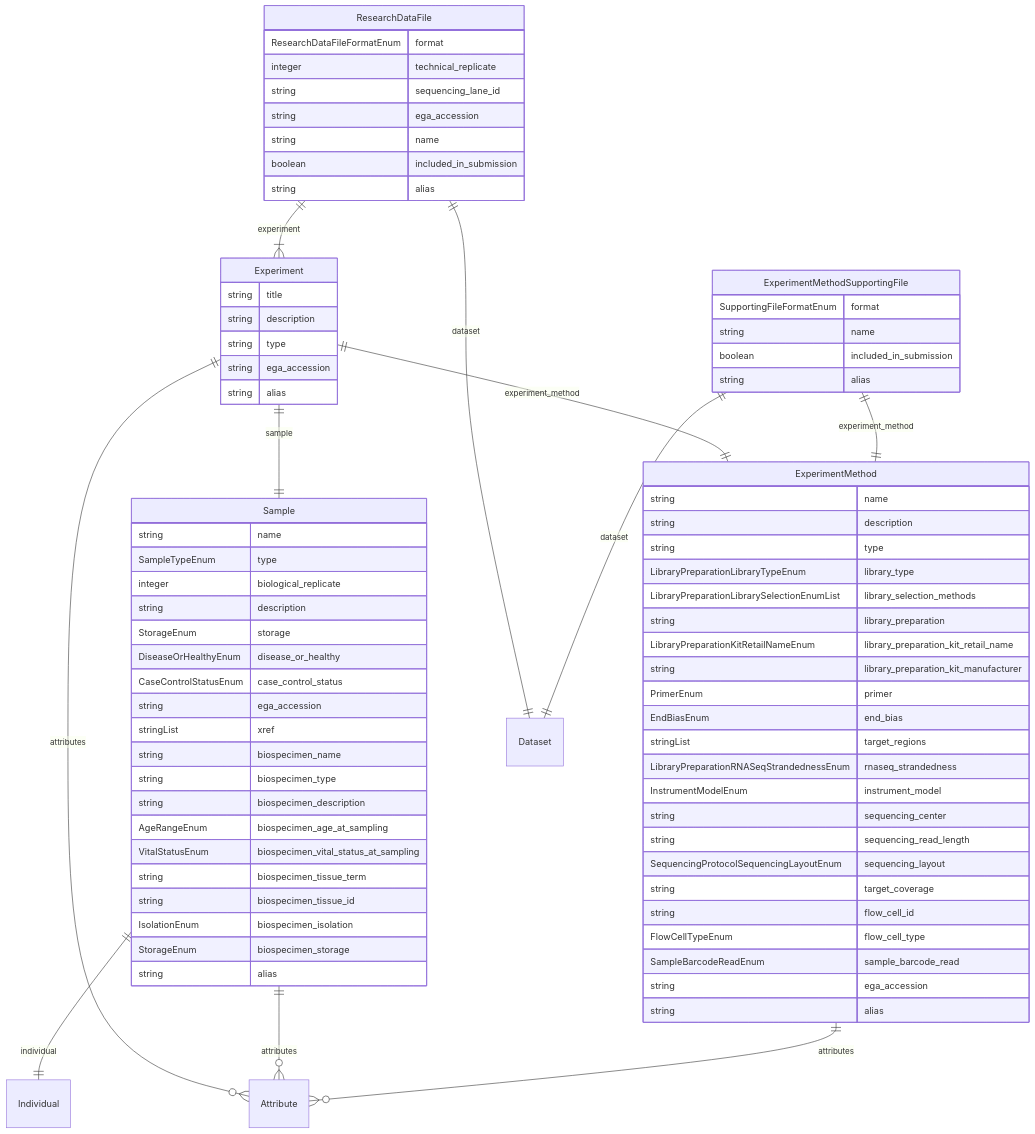
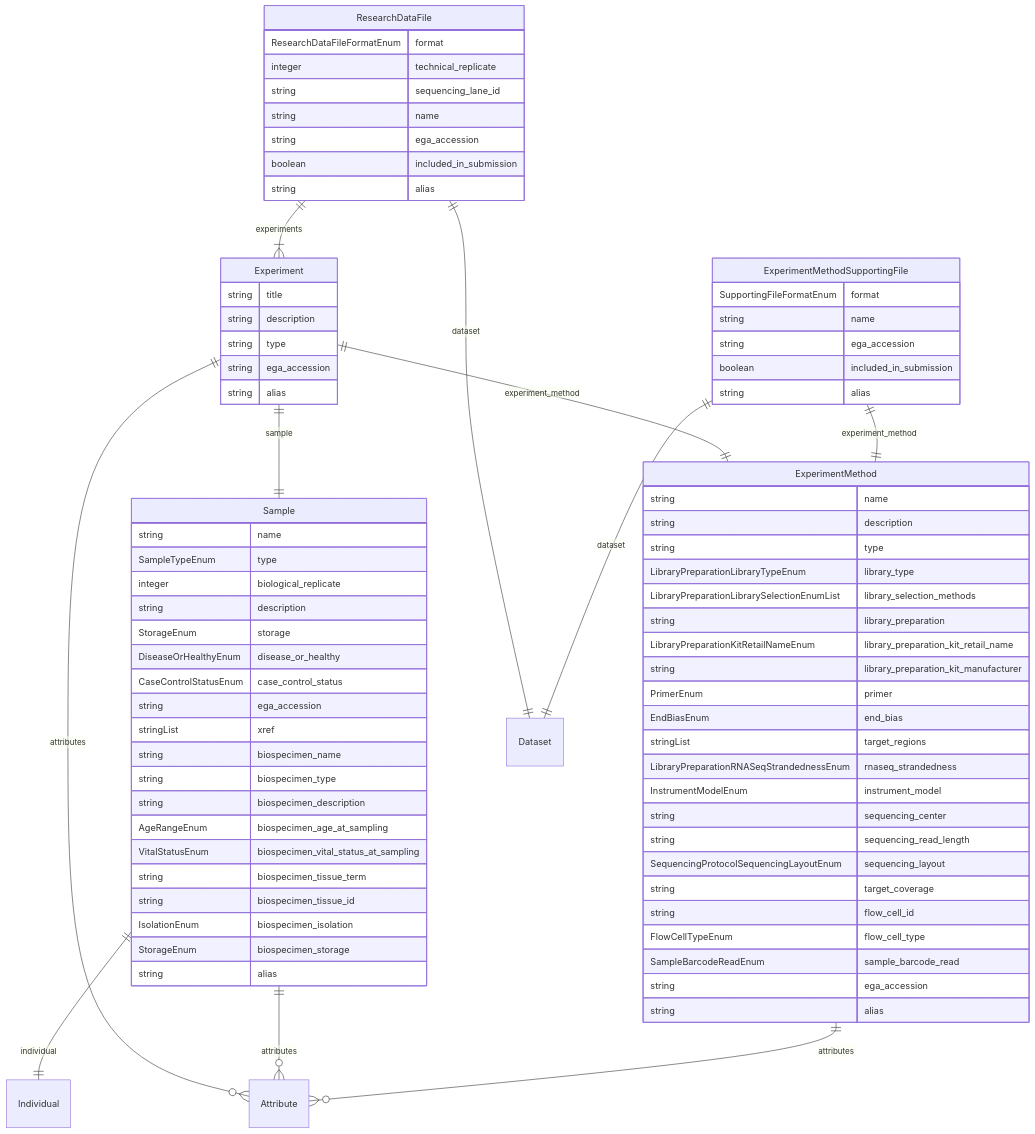
One commit to ghga-de/ghga-metadata-schema changed the fifth of 5 diagrams in docs/entity_relations.md. Above: the diagram before and after it, drawn with Mermaid. The commit also changed other lines of this file and 18 other files, not shown here.

````diff
--- a/docs/entity_relations.md
+++ b/docs/entity_relations.md
@@ -218,82 +218,83 @@
 ```mermaid
 erDiagram
 ExperimentMethodSupportingFile {
     SupportingFileFormatEnum format  
     string name  
+    string ega_accession  
     boolean included_in_submission  
     string alias  
 }
 ExperimentMethod {
     string name  
     string description  
     string type  
     LibraryPreparationLibraryTypeEnum library_type  
     LibraryPreparationLibrarySelectionEnumList library_selection_methods  
     string library_preparation  
     LibraryPreparationKitRetailNameEnum library_preparation_kit_retail_name  
     string library_preparation_kit_manufacturer  
     PrimerEnum primer  
     EndBiasEnum end_bias  
     stringList target_regions  
     LibraryPreparationRNASeqStrandednessEnum rnaseq_strandedness  
     InstrumentModelEnum instrument_model  
     string sequencing_center  
     string sequencing_read_length  
     SequencingProtocolSequencingLayoutEnum sequencing_layout  
     string target_coverage  
     string flow_cell_id  
     FlowCellTypeEnum flow_cell_type  
     SampleBarcodeReadEnum sample_barcode_read  
     string ega_accession  
     string alias  
 }
 ResearchDataFile {
     ResearchDataFileFormatEnum format  
     integer technical_replicate  
     string sequencing_lane_id  
+    string name  
     string ega_accession  
-    string name  
     boolean included_in_submission  
     string alias  
 }
 Sample {
     string name  
     SampleTypeEnum type  
     integer biological_replicate  
     string description  
     StorageEnum storage  
     DiseaseOrHealthyEnum disease_or_healthy  
     CaseControlStatusEnum case_control_status  
     string ega_accession  
     stringList xref  
     string biospecimen_name  
     string biospecimen_type  
     string biospecimen_description  
     AgeRangeEnum biospecimen_age_at_sampling  
     VitalStatusEnum biospecimen_vital_status_at_sampling  
     string biospecimen_tissue_term  
     string biospecimen_tissue_id  
     IsolationEnum biospecimen_isolation  
     StorageEnum biospecimen_storage  
     string alias  
 }
 Experiment {
     string title  
     string description  
     string type  
     string ega_accession  
     string alias  
 }
 
 ExperimentMethodSupportingFile ||--|| ExperimentMethod : "experiment_method"
 ExperimentMethodSupportingFile ||--|| Dataset : "dataset"
 ExperimentMethod ||--}o Attribute : "attributes"
-ResearchDataFile ||--}| Experiment : "experiment"
+ResearchDataFile ||--}| Experiment : "experiments"
 ResearchDataFile ||--|| Dataset : "dataset"
 Sample ||--|| Individual : "individual"
 Sample ||--}o Attribute : "attributes"
 Experiment ||--|| ExperimentMethod : "experiment_method"
 Experiment ||--|| Sample : "sample"
 Experiment ||--}o Attribute : "attributes"
 
 ```
````
